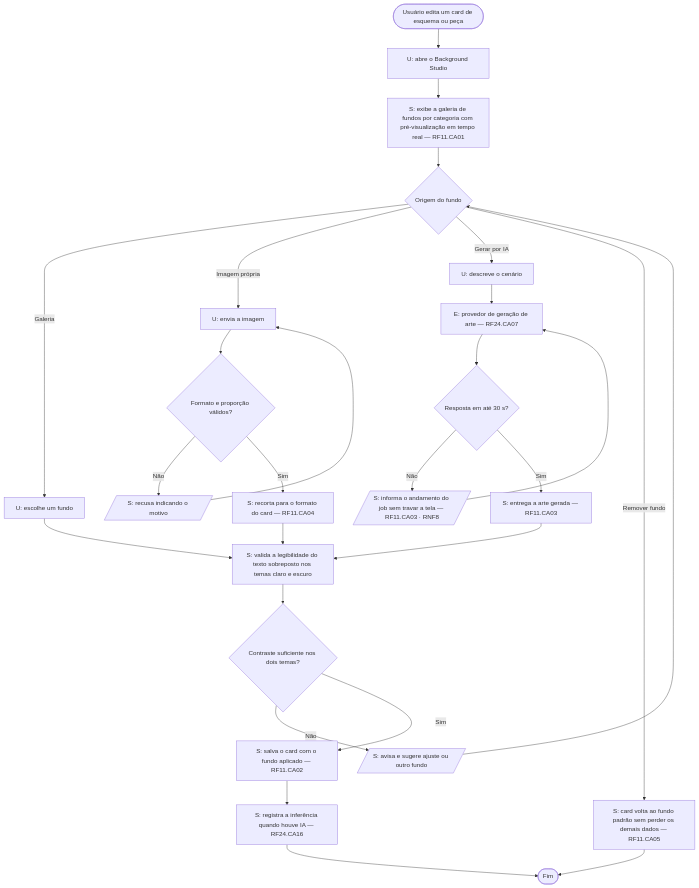
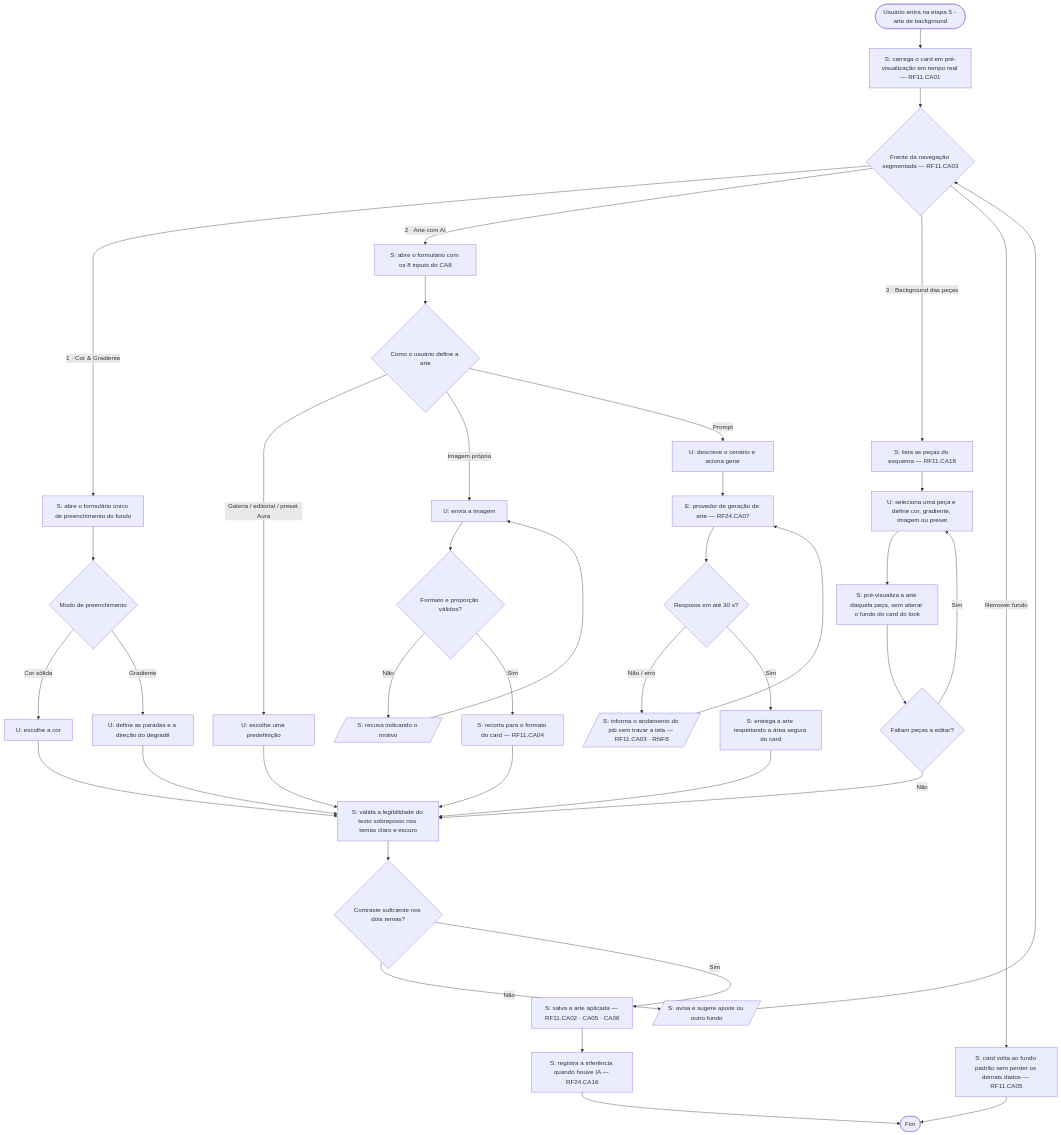
One commit to MatheusHaliski/SAI-TCC-2026 changed diagram 21 of 23 in docs/novo-projeto/05-diagramas-atividade.md. Above: the diagram before and after it, drawn with Mermaid. The commit also changed other lines of this file and 1 other file, not shown here.

First paragraph of the commit message:
docs(rf11): renomeia as tres frentes do modo de geracao do Background Studio
A navegacao segmentada da etapa 5 (arte de background) era
cor / gradiente / AI Artwork. Passou a ser:

````diff
--- a/docs/novo-projeto/05-diagramas-atividade.md
+++ b/docs/novo-projeto/05-diagramas-atividade.md
@@ -506,24 +508,38 @@
 ```mermaid
 flowchart TD
-    A([Usuário edita um card de esquema ou peça]) --> B[U: abre o Background Studio]
-    B --> C[S: exibe a galeria de fundos por categoria com pré-visualização em tempo real — RF11.CA01]
-    C --> D{Origem do fundo}
+    A([Usuário entra na etapa 5 - arte de background]) --> B[S: carrega o card em pré-visualização em tempo real — RF11.CA01]
+    B --> C{Frente da navegação segmentada — RF11.CA03}
 
-    D -- Galeria --> E[U: escolhe um fundo] --> J
-    D -- Imagem própria --> F[U: envia a imagem]
-    F --> G{Formato e proporção válidos?}
-    G -- Não --> H[/S: recusa indicando o motivo/] --> F
-    G -- Sim --> I[S: recorta para o formato do card — RF11.CA04] --> J
-    D -- Gerar por IA --> K[U: descreve o cenário]
-    K --> L[E: provedor de geração de arte — RF24.CA07]
-    L --> M{Resposta em até 30 s?}
-    M -- Não --> N[/S: informa o andamento do job sem travar a tela — RF11.CA03 · RNF8/] --> L
-    M -- Sim --> O[S: entrega a arte gerada — RF11.CA03] --> J
-    D -- Remover fundo --> P[S: card volta ao fundo padrão sem perder os demais dados — RF11.CA05] --> Z([Fim])
+    C -- "1 · Cor & Gradiente" --> D[S: abre o formulário único de preenchimento do fundo]
+    D --> E{Modo de preenchimento}
+    E -- Cor sólida --> F[U: escolhe a cor] --> V
+    E -- Gradiente --> G[U: define as paradas e a direção do degradê] --> V
 
-    J[S: valida a legibilidade do texto sobreposto nos temas claro e escuro]
-    J --> Q{Contraste suficiente nos dois temas?}
-    Q -- Não --> R[/S: avisa e sugere ajuste ou outro fundo/] --> D
-    Q -- Sim --> S1[S: salva o card com o fundo aplicado — RF11.CA02]
-    S1 --> T[S: registra a inferência quando houve IA — RF24.CA16] --> Z
+    C -- "2 · Arte com AI" --> H[S: abre o formulário com os 8 inputs do CA8]
+    H --> I{Como o usuário define a arte}
+    I -- Galeria / editorial / preset Aura --> J[U: escolhe uma predefinição] --> V
+    I -- Imagem própria --> K[U: envia a imagem]
+    K --> L{Formato e proporção válidos?}
+    L -- Não --> M[/S: recusa indicando o motivo/] --> K
+    L -- Sim --> N[S: recorta para o formato do card — RF11.CA04] --> V
+    I -- Prompt --> O[U: descreve o cenário e aciona gerar]
+    O --> P[E: provedor de geração de arte — RF24.CA07]
+    P --> Q{Resposta em até 30 s?}
+    Q -- "Não / erro" --> R[/S: informa o andamento do job sem travar a tela — RF11.CA03 · RNF8/] --> P
+    Q -- Sim --> S1[S: entrega a arte respeitando a área segura do card] --> V
+
+    C -- "3 · Background das peças" --> T[S: lista as peças do esquema — RF11.CA18]
+    T --> U1[U: seleciona uma peça e define cor, gradiente, imagem ou preset]
+    U1 --> W[S: pré-visualiza a arte daquela peça, sem alterar o fundo do card do look]
+    W --> X{Faltam peças a editar?}
+    X -- Sim --> U1
+    X -- Não --> V
+
+    C -- Remover fundo --> Y[S: card volta ao fundo padrão sem perder os demais dados — RF11.CA05] --> Z([Fim])
+
+    V[S: valida a legibilidade do texto sobreposto nos temas claro e escuro]
+    V --> AA{Contraste suficiente nos dois temas?}
+    AA -- Não --> AB[/S: avisa e sugere ajuste ou outro fundo/] --> C
+    AA -- Sim --> AC[S: salva a arte aplicada — RF11.CA02 · CA05 · CA06]
+    AC --> AD[S: registra a inferência quando houve IA — RF24.CA16] --> Z
 ```
````
